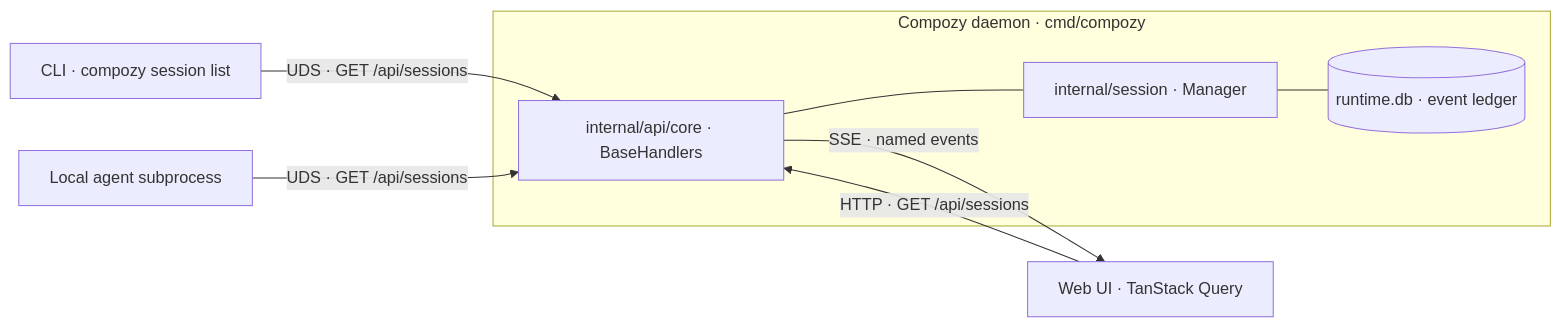
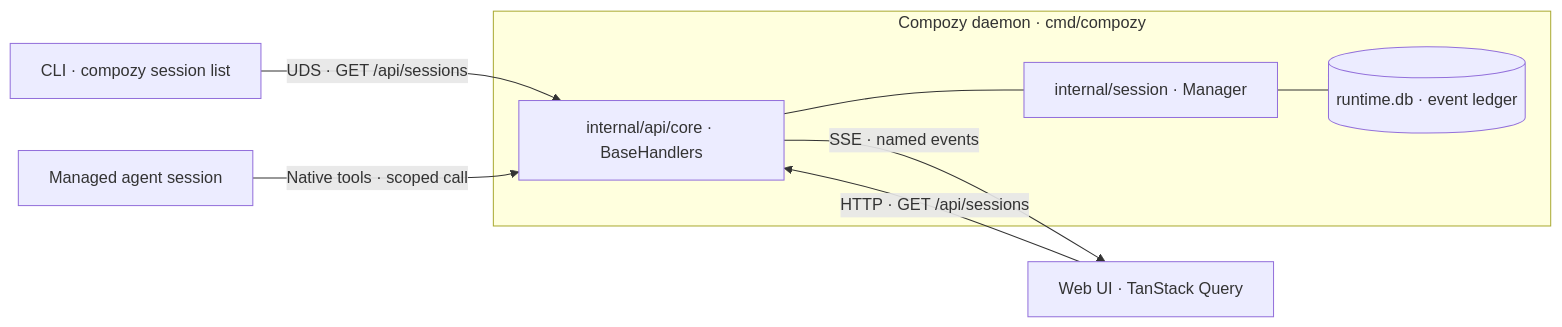
One commit to compozy/compozy changed the diagram in docs/articles/2026-05/03-one-daemon-four-surfaces.mdx. Above: the diagram before and after it, drawn with Mermaid. The commit also changed other lines of this file and 68 other files, not shown here.

Commit message:
fix: keep managed skill loading on native seam

````diff
--- a/docs/articles/2026-05/03-one-daemon-four-surfaces.mdx
+++ b/docs/articles/2026-05/03-one-daemon-four-surfaces.mdx
@@ -39,17 +39,17 @@
 ```mermaid
 flowchart LR
   subgraph daemon[Compozy daemon · cmd/compozy]
     core[internal/api/core · BaseHandlers]
     db[(runtime.db · event ledger)]
     sessions[internal/session · Manager]
     core --- sessions
     sessions --- db
   end
   cli[CLI · compozy session list]
   web[Web UI · TanStack Query]
-  agent[Local agent subprocess]
+  agent[Managed agent session]
   cli -- "UDS · GET /api/sessions" --> core
-  agent -- "UDS · GET /api/sessions" --> core
+  agent -- "Native tools · scoped call" --> core
   web -- "HTTP · GET /api/sessions" --> core
   core -- "SSE · named events" --> web
 ```
````
